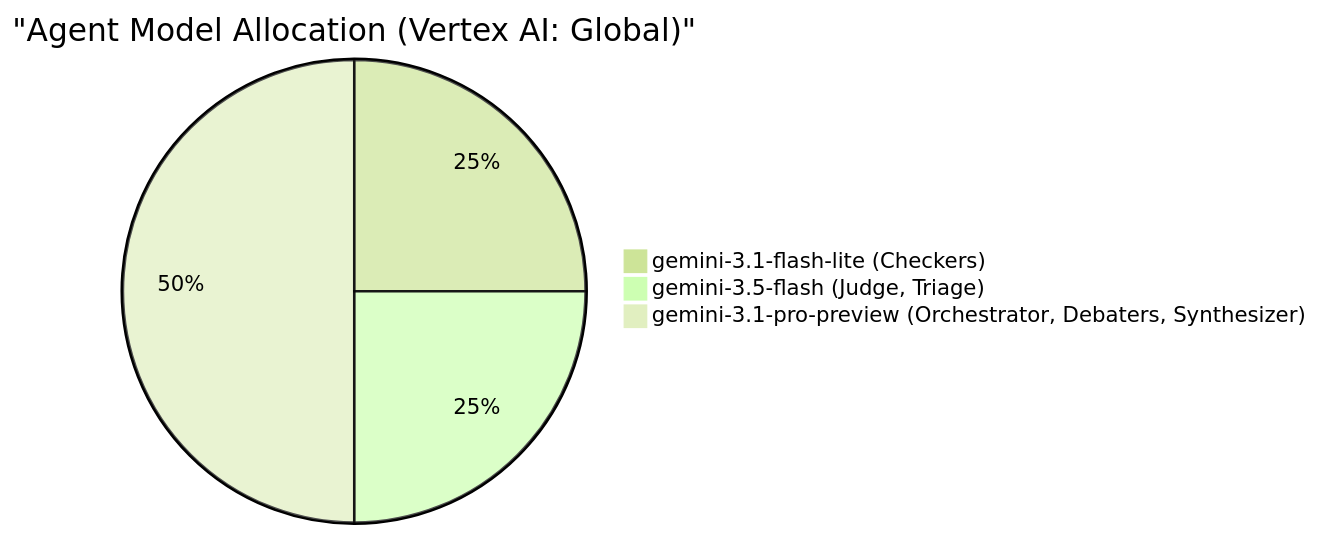
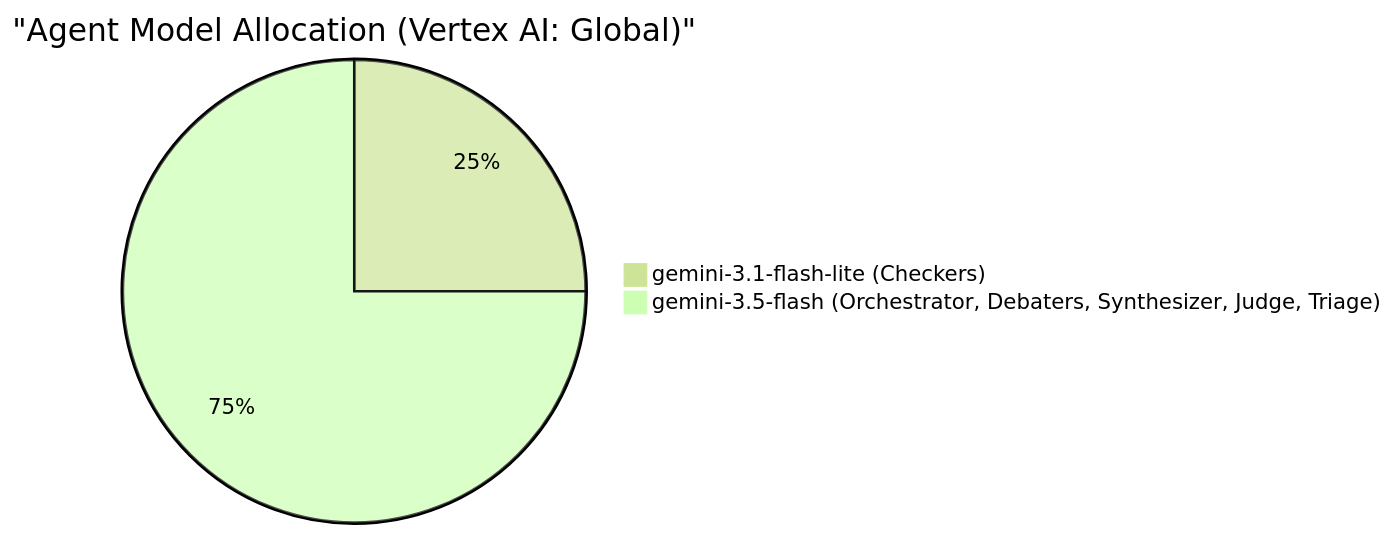
Before and after one commit to ears/socratic-duel: the third of 3 diagrams in DIAGRAMS.md, drawn with Mermaid (forest theme). The commit also changed 7 other files, not shown here.

Commit message:
Fix max iterations, token count display, and update docs for Flash-First architecture

````diff
--- a/DIAGRAMS.md
+++ b/DIAGRAMS.md
@@ -75,6 +75,5 @@
 ```mermaid
 pie title "Agent Model Allocation (Vertex AI: Global)"
     "gemini-3.1-flash-lite (Checkers)" : 2
-    "gemini-3.5-flash (Judge, Triage)" : 2
-    "gemini-3.1-pro-preview (Orchestrator, Debaters, Synthesizer)" : 4
+    "gemini-3.5-flash (Orchestrator, Debaters, Synthesizer, Judge, Triage)" : 6
 ```
````
